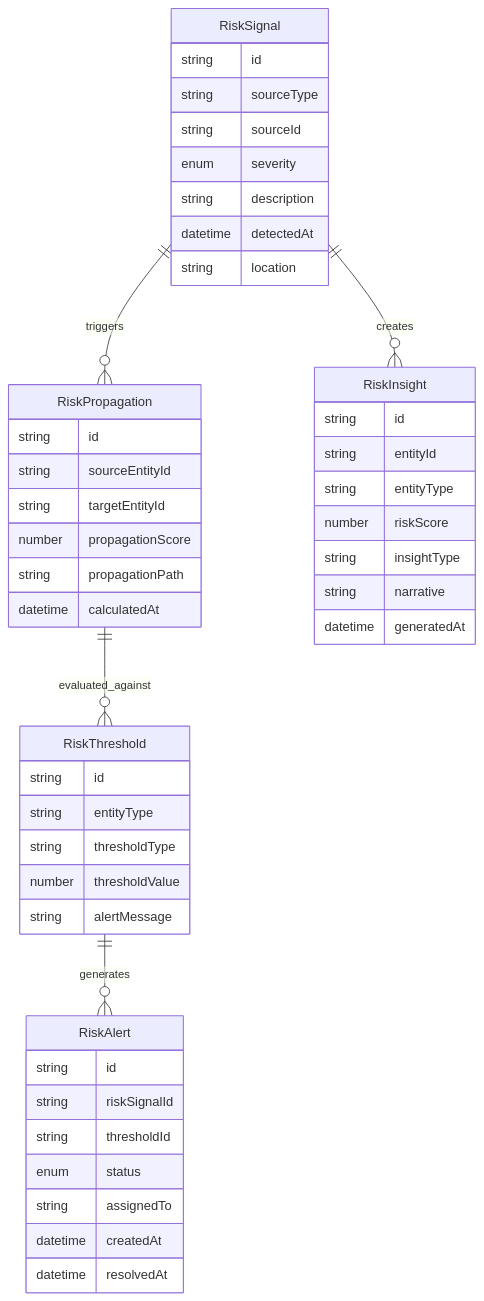
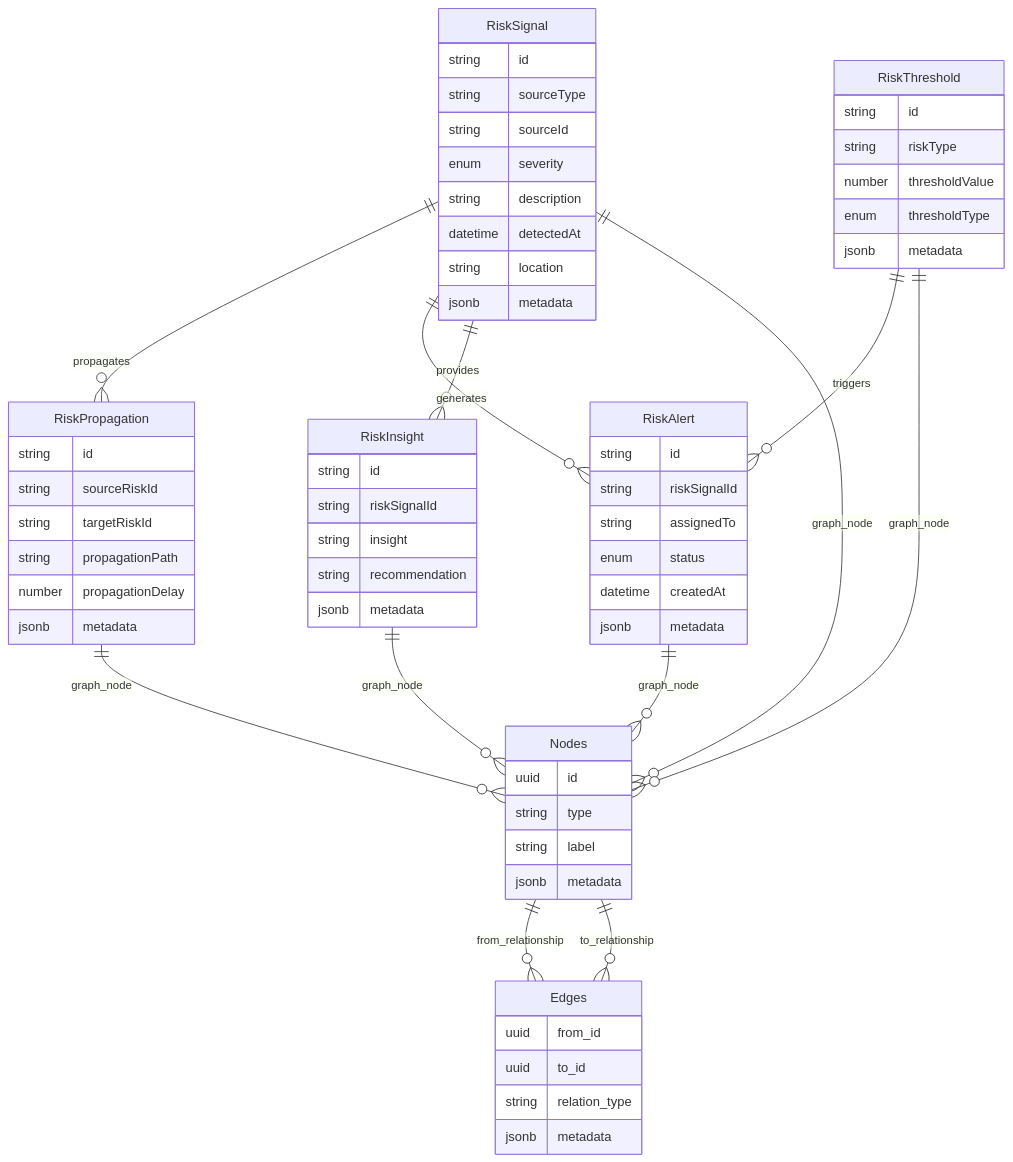
One commit to Duds/capopt_platform changed the tenth of 10 diagrams in docs/design/solution-architecture-design.md. Above: the diagram before and after it, drawn with Mermaid. The commit also changed other lines of this file and 30 other files, not shown here.

First line of the commit message:
feat: implement graph relational architecture and enhance testing infrastructure

````diff
--- a/docs/design/solution-architecture-design.md
+++ b/docs/design/solution-architecture-design.md
@@ -588,49 +1162,66 @@
 ```mermaid
 erDiagram
     RiskSignal {
         string id
         string sourceType
         string sourceId
         enum severity
         string description
         datetime detectedAt
         string location
+        jsonb metadata
     }
     RiskPropagation {
         string id
-        string sourceEntityId
-        string targetEntityId
-        number propagationScore
+        string sourceRiskId
+        string targetRiskId
         string propagationPath
-        datetime calculatedAt
+        number propagationDelay
+        jsonb metadata
     }
     RiskThreshold {
         string id
-        string entityType
-        string thresholdType
+        string riskType
         number thresholdValue
-        string alertMessage
+        enum thresholdType
+        jsonb metadata
     }
     RiskAlert {
         string id
         string riskSignalId
-        string thresholdId
+        string assignedTo
         enum status
-        string assignedTo
         datetime createdAt
-        datetime resolvedAt
+        jsonb metadata
     }
     RiskInsight {
         string id
-        string entityId
-        string entityType
-        number riskScore
-        string insightType
-        string narrative
-        datetime generatedAt
+        string riskSignalId
+        string insight
+        string recommendation
+        jsonb metadata
     }
-    RiskSignal ||--o{ RiskPropagation : triggers
-    RiskPropagation ||--o{ RiskThreshold : evaluated_against
-    RiskThreshold ||--o{ RiskAlert : generates
-    RiskSignal ||--o{ RiskInsight : creates
+    Nodes {
+        uuid id
+        string type
+        string label
+        jsonb metadata
+    }
+    Edges {
+        uuid from_id
+        uuid to_id
+        string relation_type
+        jsonb metadata
+    }
+    RiskSignal ||--o{ RiskPropagation : propagates
+    RiskSignal ||--o{ RiskAlert : generates
+    RiskSignal ||--o{ RiskInsight : provides
+    RiskThreshold ||--o{ RiskAlert : triggers
+    RiskSignal ||--o{ Nodes : graph_node
+    RiskPropagation ||--o{ Nodes : graph_node
+    RiskThreshold ||--o{ Nodes : graph_node
+    RiskAlert ||--o{ Nodes : graph_node
+    RiskInsight ||--o{ Nodes : graph_node
+    Nodes ||--o{ Edges : from_relationship
+    Nodes ||--o{ Edges : to_relationship
 ```
````
